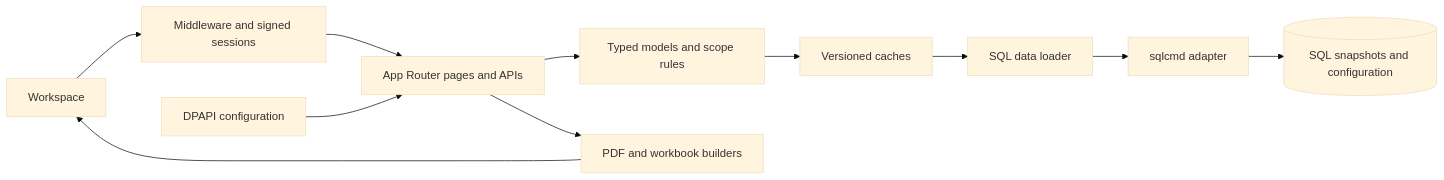
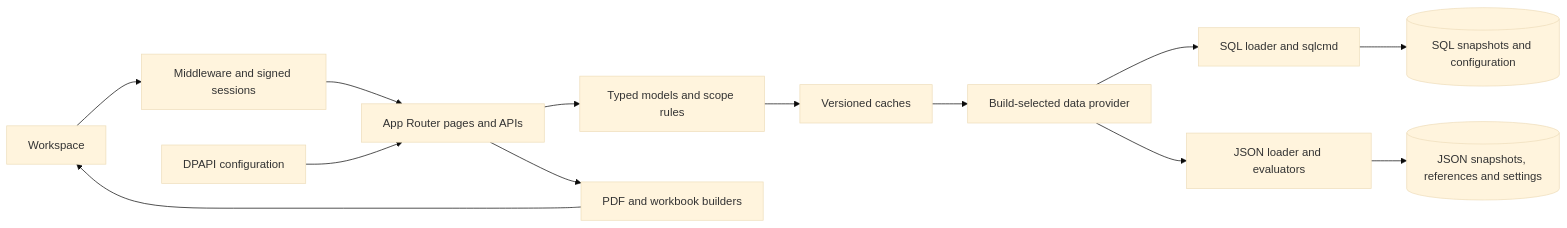
The diagram in docs/architecture.md (TSAATMothership/tsaat_3.0_demo), drawn with Mermaid (base theme) before and after one commit. The commit also changed other lines of this file and 91 other files, not shown here.

Commit message:
Replace standalone demo with shared SQL and JSON builds

````diff
--- a/docs/architecture.md
+++ b/docs/architecture.md
@@ -7,13 +7,15 @@
 ```mermaid
 flowchart LR
   Browser[Workspace] --> Gate[Middleware and signed sessions]
   Gate --> Routes[App Router pages and APIs]
   Routes --> Models[Typed models and scope rules]
   Models --> Cache[Versioned caches]
-  Cache --> Loader[SQL data loader]
-  Loader --> SQLCMD[sqlcmd adapter]
+  Cache --> Loader[Build-selected data provider]
+  Loader --> SQLCMD[SQL loader and sqlcmd]
   SQLCMD --> DB[(SQL snapshots and configuration)]
+  Loader --> JSON[JSON loader and evaluators]
+  JSON --> Files[(JSON snapshots, references and settings)]
   Routes --> Reports[PDF and workbook builders]
   Reports --> Browser
   Local[DPAPI configuration] --> Routes
 ```
````
